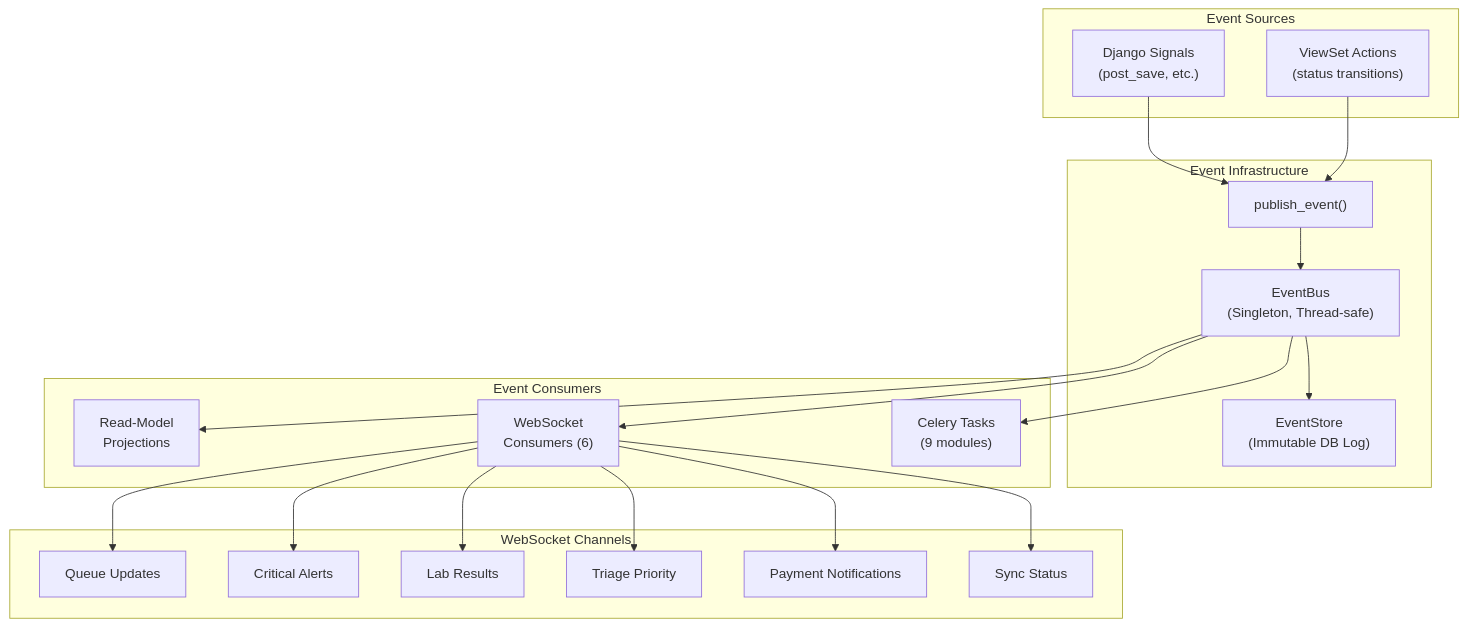
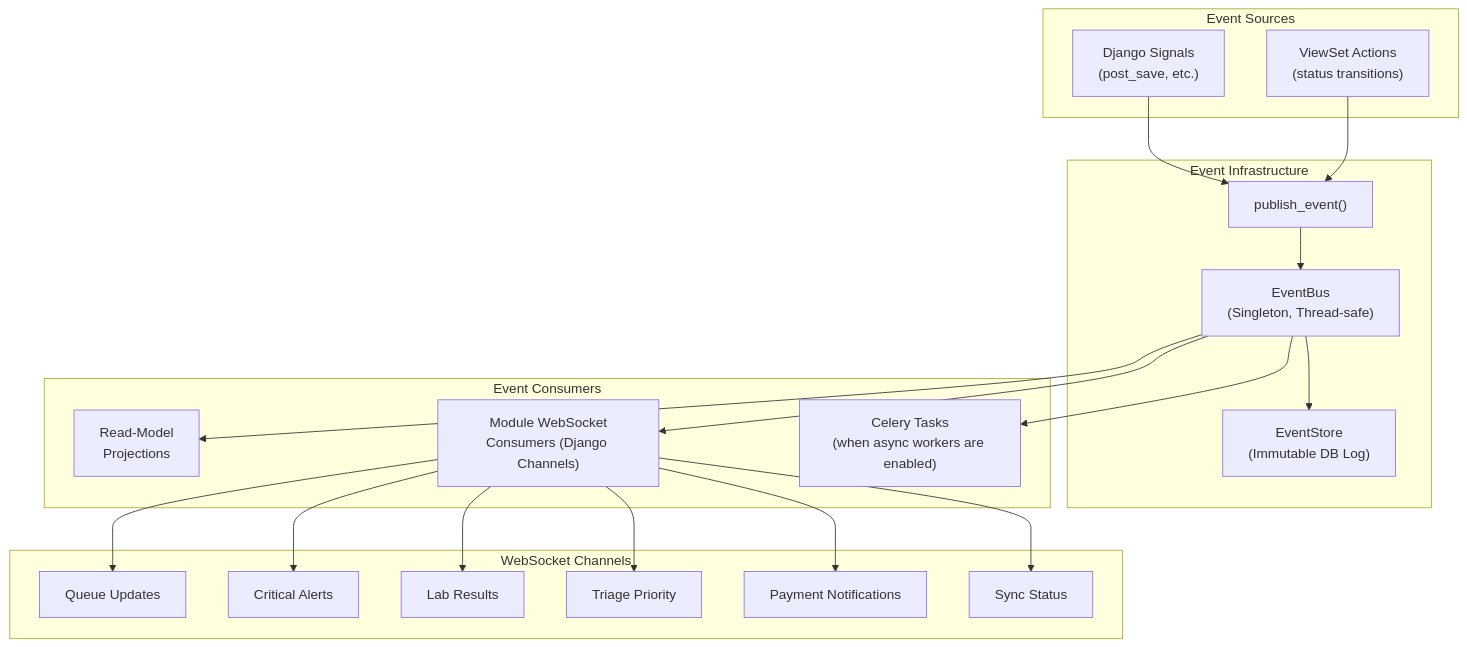
Before and after one commit to nexora-africa-ltd/vitora: the eighth of 15 diagrams in docs/architecture-diagrams.md, drawn with Mermaid. The commit also changed other lines of this file and 6 other files, not shown here.

````diff
--- a/docs/architecture-diagrams.md
+++ b/docs/architecture-diagrams.md
@@ -340,42 +345,42 @@
 ```mermaid
 graph TB
     subgraph Trigger["Event Sources"]
         SIGNAL["Django Signals<br/>(post_save, etc.)"]
         VIEW["ViewSet Actions<br/>(status transitions)"]
     end
 
     subgraph EventBus["Event Infrastructure"]
         PUB["publish_event()"]
         BUS["EventBus<br/>(Singleton, Thread-safe)"]
         STORE["EventStore<br/>(Immutable DB Log)"]
     end
 
     subgraph Consumers["Event Consumers"]
         PROJ["Read-Model<br/>Projections"]
-        WSOCK["WebSocket<br/>Consumers (6)"]
-        TASK["Celery Tasks<br/>(9 modules)"]
+        WSOCK["Module WebSocket<br/>Consumers (Django Channels)"]
+        TASK["Celery Tasks<br/>(when async workers are enabled)"]
     end
 
     subgraph WSChannels["WebSocket Channels"]
         QUEUE["Queue Updates"]
         ALERTS["Critical Alerts"]
         LAB_WS["Lab Results"]
         TRIAGE_WS["Triage Priority"]
         BILLING_WS["Payment Notifications"]
         SYNC_WS["Sync Status"]
     end
 
     SIGNAL --> PUB
     VIEW --> PUB
     PUB --> BUS
     BUS --> STORE
     BUS --> PROJ
     BUS --> WSOCK
     BUS --> TASK
     WSOCK --> QUEUE
     WSOCK --> ALERTS
     WSOCK --> LAB_WS
     WSOCK --> TRIAGE_WS
     WSOCK --> BILLING_WS
     WSOCK --> SYNC_WS
 ```
````
